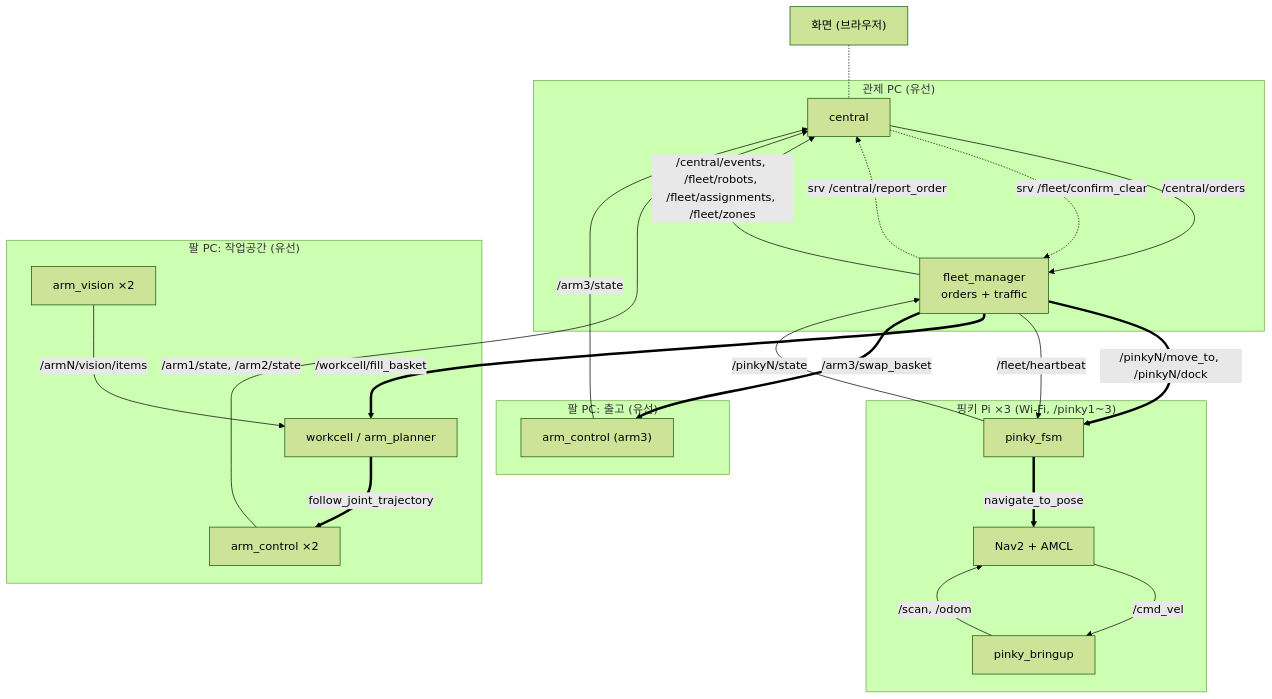
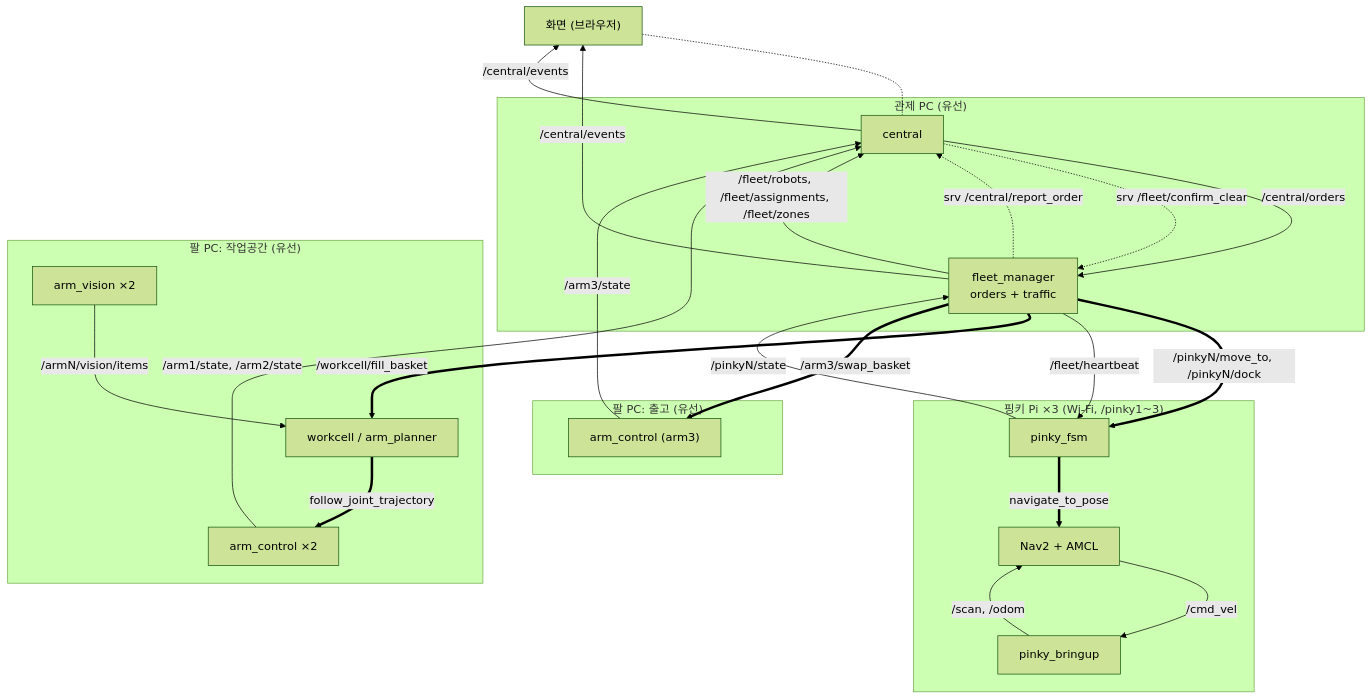
One commit to PJW-1/roscamp-repo-2 changed the diagram in README.md. Above: the diagram before and after it, drawn with Mermaid (forest theme). The commit also changed 1 other file, not shown here.

Commit message:
docs: draw /central/events from both publishers, and run the pure tests from the repo folder
Codex 리뷰(2026-11-06 14:45) 반영.

````diff
--- a/README.md
+++ b/README.md
@@ -21,38 +21,40 @@
 ```mermaid
 flowchart TB
   web["화면 (브라우저)"]
   subgraph pcbox["관제 PC (유선)"]
     central["central"]
     fm["fleet_manager<br/>orders + traffic"]
   end
   subgraph pinky["핑키 Pi ×3 (Wi-Fi, /pinky1~3)"]
     fsm["pinky_fsm"]
     nav["Nav2 + AMCL"]
     bring["pinky_bringup"]
   end
   subgraph armw["팔 PC: 작업공간 (유선)"]
     wc["workcell / arm_planner"]
     ac["arm_control ×2"]
     av["arm_vision ×2"]
   end
   subgraph armo["팔 PC: 출고 (유선)"]
     a3["arm_control (arm3)"]
   end
   web -.- central
   central -- "/central/orders" --> fm
   fm -. "srv /central/report_order" .-> central
-  fm -- "/central/events, /fleet/robots, /fleet/assignments, /fleet/zones" --> central
+  fm -- "/fleet/robots, /fleet/assignments, /fleet/zones" --> central
+  fm -- "/central/events" --> web
+  central -- "/central/events" --> web
   central -. "srv /fleet/confirm_clear" .-> fm
   fm == "/pinkyN/move_to, /pinkyN/dock" ==> fsm
   fm -- "/fleet/heartbeat" --> fsm
   fsm -- "/pinkyN/state" --> fm
   fsm == "navigate_to_pose" ==> nav
   nav -- "/cmd_vel" --> bring
   bring -- "/scan, /odom" --> nav
   fm == "/workcell/fill_basket" ==> wc
   fm == "/arm3/swap_basket" ==> a3
   av -- "/armN/vision/items" --> wc
   wc == "follow_joint_trajectory" ==> ac
   ac -- "/arm1/state, /arm2/state" --> central
   a3 -- "/arm3/state" --> central
 ```
````
